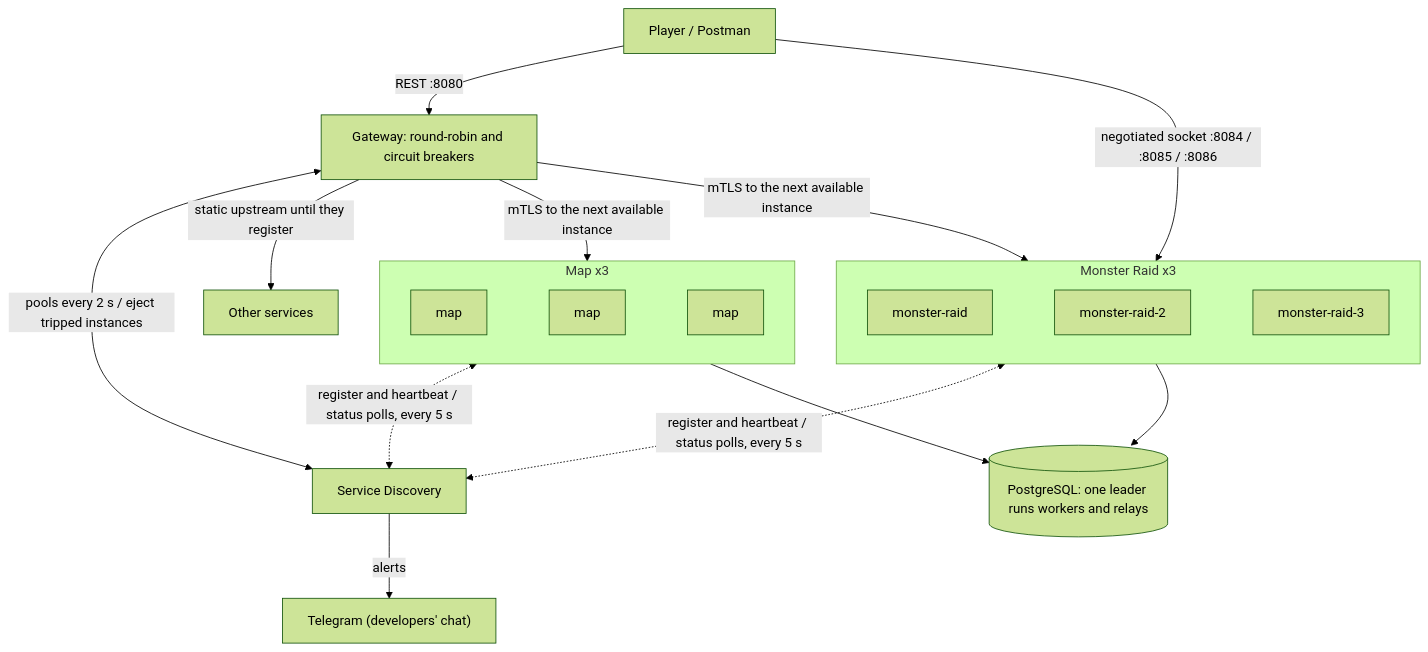
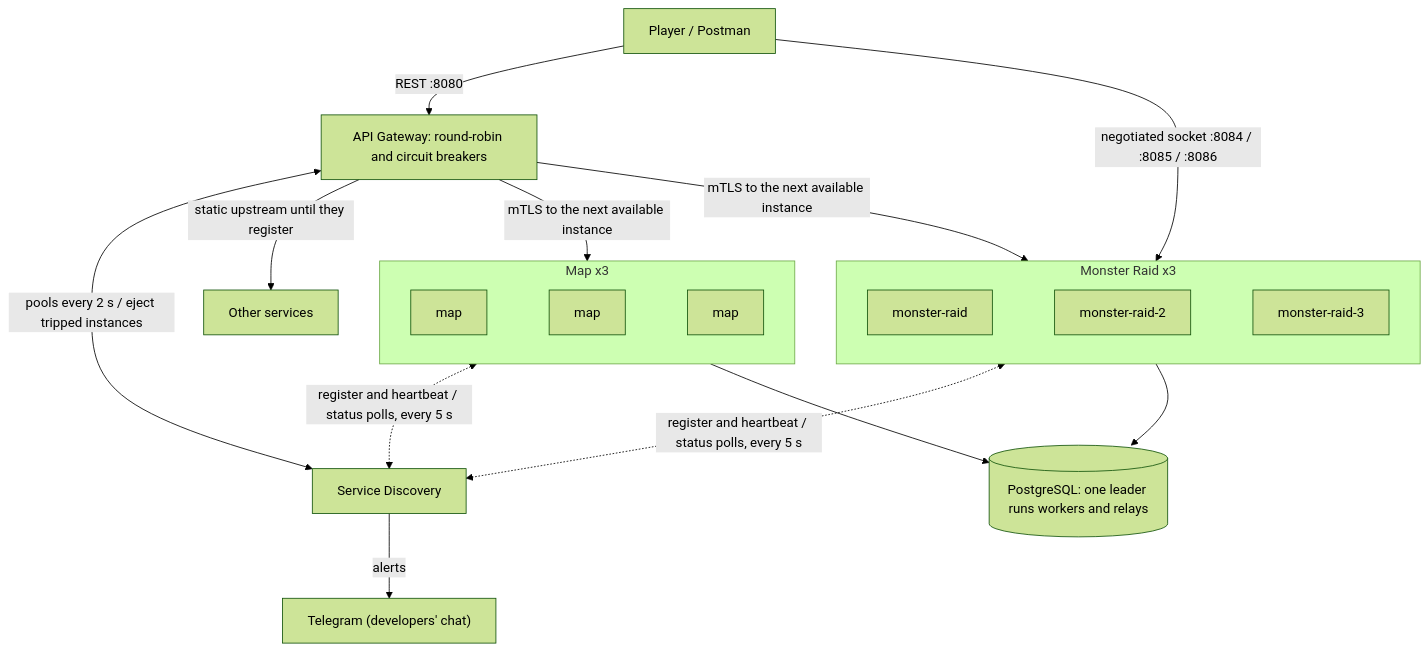
Before and after one commit to AlexDandy77/tamagotchi-go: the second of 3 diagrams in ARCHITECTURE.md, drawn with Mermaid (forest theme). The commit also changed other lines of this file, not shown here.

Commit message:
docs(common): name the API Gateway consistently in the architecture

````diff
--- a/ARCHITECTURE.md
+++ b/ARCHITECTURE.md
@@ -91,17 +91,17 @@
 ```mermaid
 flowchart TB
-  P[Player / Postman] -->|REST :8080| GW[Gateway: round-robin and circuit breakers]
+  P[Player / Postman] -->|REST :8080| GW[API Gateway: round-robin and circuit breakers]
   P -->|negotiated socket :8084 / :8085 / :8086| MR
   GW <-->|pools every 2 s / eject tripped instances| SD[Service Discovery]
   GW -->|mTLS to the next available instance| MP & MR
   GW -->|static upstream until they register| O[Other services]
   subgraph MP[Map x3]
     M1[map] ~~~ M2[map] ~~~ M3[map]
   end
   subgraph MR[Monster Raid x3]
     R1[monster-raid] ~~~ R2[monster-raid-2] ~~~ R3[monster-raid-3]
   end
   MP & MR <-.->|register and heartbeat / status polls, every 5 s| SD
   SD -->|alerts| TG["Telegram (developers' chat)"]
   MP & MR --> DB[(PostgreSQL: one leader runs workers and relays)]
 ```
````
